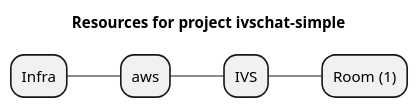
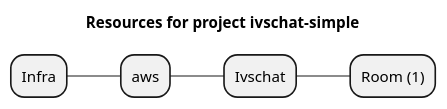
One commit to grucloud/grucloud changed the diagram in examples/aws/Ivschat/ivschat-simple/artifacts/resources-mindmap.puml. Above: the diagram before and after it, drawn with PlantUML. The commit also changed 766 other files, not shown here.

Commit message:
update diagram

```diff
--- a/examples/aws/Ivschat/ivschat-simple/artifacts/resources-mindmap.puml
+++ b/examples/aws/Ivschat/ivschat-simple/artifacts/resources-mindmap.puml
@@ -1,8 +1,8 @@
 @startmindmap
 title Resources for project ivschat-simple
 skinparam monochrome true
 + Infra
 ++ aws
-+++ IVS
++++ Ivschat
 ++++ Room (1)
 @endmindmap
```
